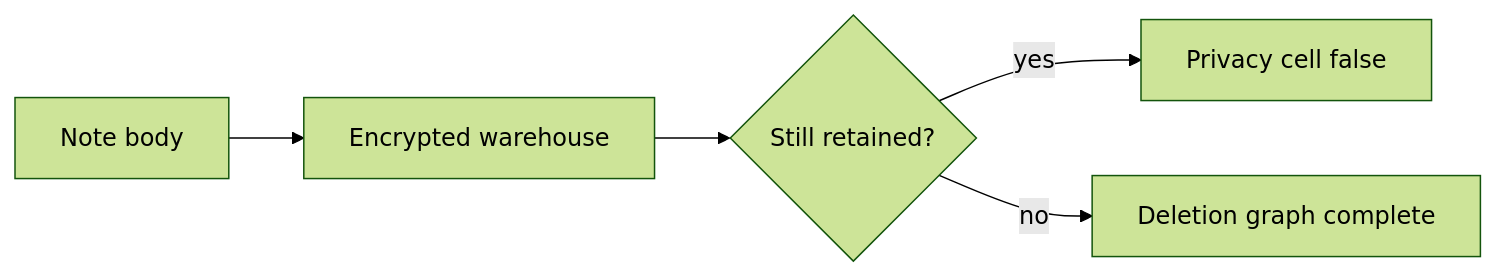
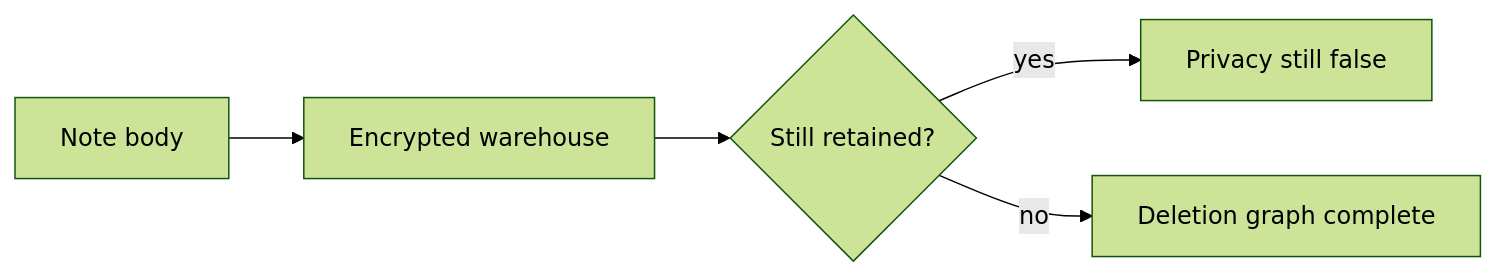
Before and after one commit to ishitvagoel/LearnSecurity: the second of 2 diagrams in content/modules/5/5.1/lessons/01-property.md, drawn with Mermaid (forest theme). The commit also changed other lines of this file and 39 other files, not shown here.

````diff
--- a/content/modules/5/5.1/lessons/01-property.md
+++ b/content/modules/5/5.1/lessons/01-property.md
@@ -36,7 +37,7 @@
 ```mermaid
 flowchart LR
   Body[Note body] --> Enc["Encrypted warehouse"]
   Enc --> Kept{Still retained?}
-  Kept -->|yes| PrivacyFail["Privacy cell false"]
+  Kept -->|yes| PrivacyFail["Privacy still false"]
   Kept -->|no| Gone["Deletion graph complete"]
 ```
````
